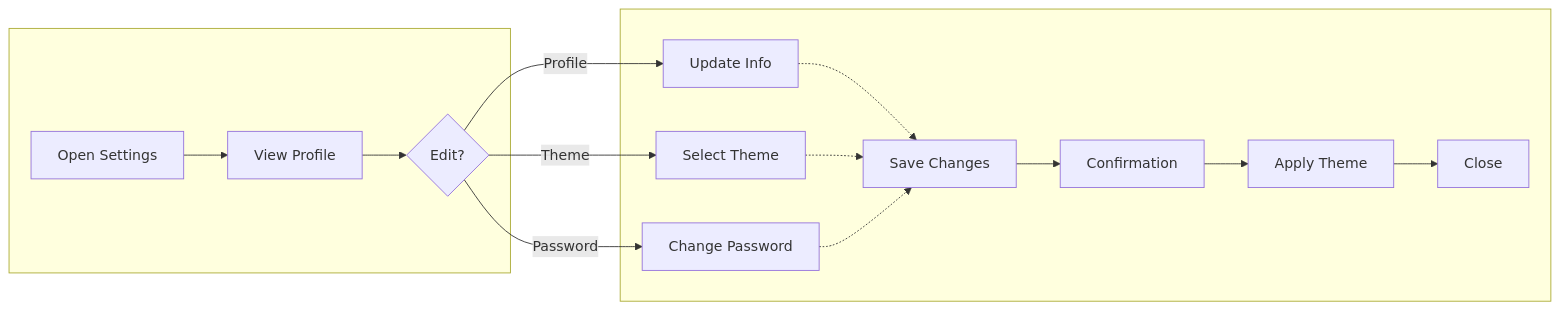
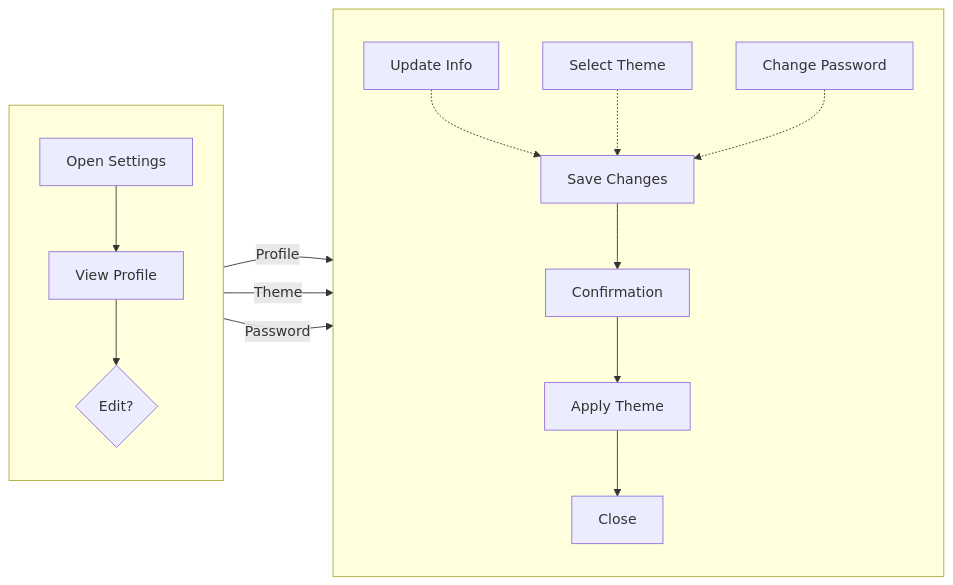
The third of 10 diagrams in docs/SEN3781_Assignment4_Information_Architecture_Report.md (RoundRobinHood/cogniflight-cloud), drawn with Mermaid before and after one commit. The commit also changed other lines of this file, not shown here.

Commit message:
improved diagram readability

````diff
--- a/docs/SEN3781_Assignment4_Information_Architecture_Report.md
+++ b/docs/SEN3781_Assignment4_Information_Architecture_Report.md
@@ -201,15 +211,20 @@
 ```mermaid
 flowchart LR
     subgraph row1[" "]
-        A[Open Settings] --> B[View Profile] --> C{Edit?}
+        direction TB
+        A[Open Settings] --> B[View Profile]
+        B --> C{Edit?}
     end
     subgraph row2[" "]
+        direction TB
         D[Update Info] -.-> G[Save Changes]
         E[Select Theme] -.-> G
         F[Change Password] -.-> G
-        G --> H[Confirmation] --> I[Apply Theme] --> J[Close]
+        G --> H[Confirmation]
+        H --> I[Apply Theme]
+        I --> J[Close]
     end
     C -->|Profile| D
     C -->|Theme| E  
     C -->|Password| F
 ```
````
